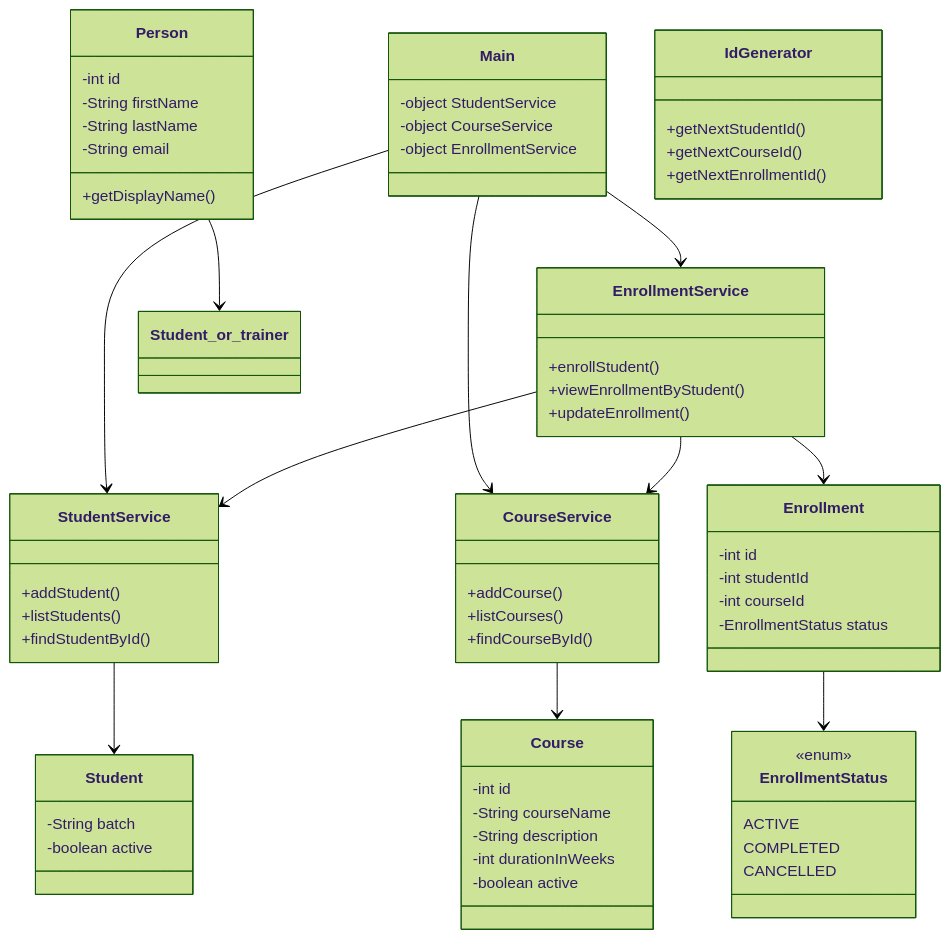
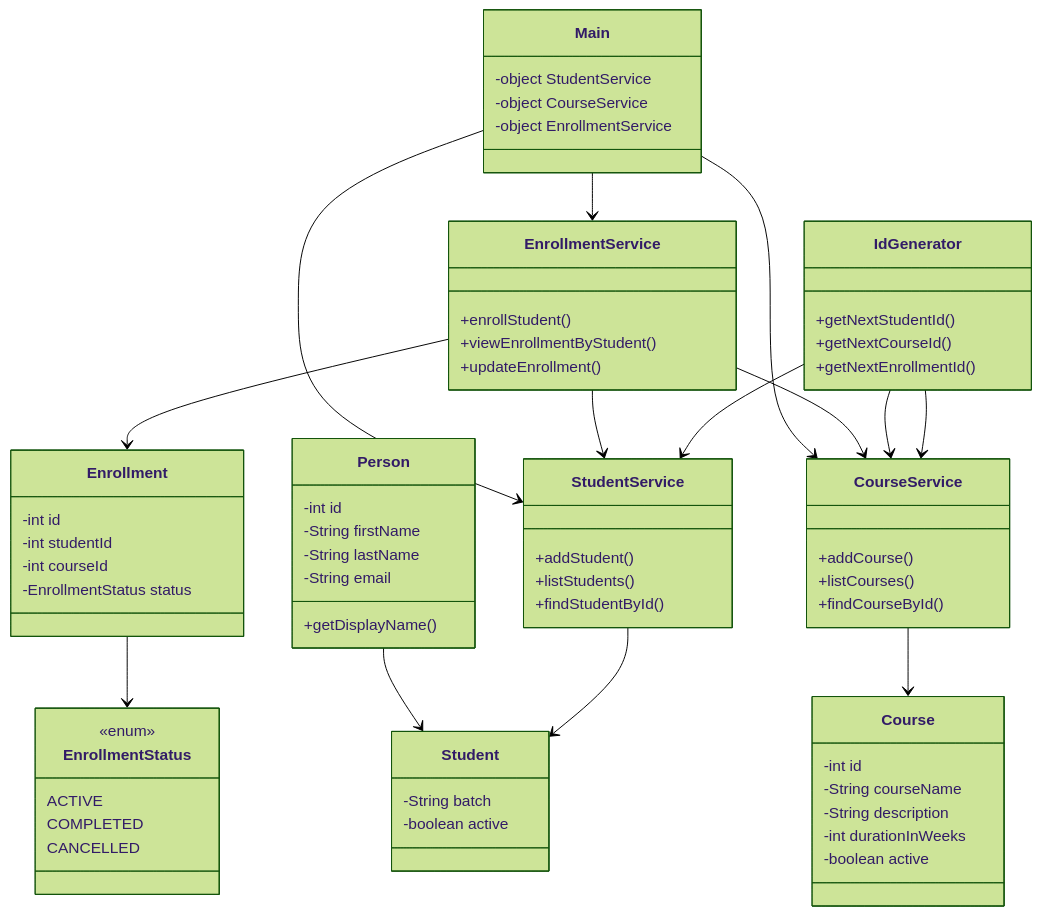
Before and after one commit to lokesh95SDE/Student-Course-Management-System: the diagram in README.md, drawn with Mermaid (forest theme). The commit also changed other lines of this file, not shown here.

Commit message:
Student Course Management System (Implementation completed)

````diff
--- a/README.md
+++ b/README.md
@@ -60,79 +60,82 @@
 ```mermaid
 classDiagram
 
 class Main{
     -object StudentService
     -object CourseService
     -object EnrollmentService
  }
  
 class Person {
   -int id
   -String firstName
   -String lastName
   -String email
   +getDisplayName()
 }
 
 class Student {
   -String batch
   -boolean active
 }
 
 class Course {
   -int id
   -String courseName
   -String description
   -int durationInWeeks
   -boolean active
 }
 
 class Enrollment {
   -int id
   -int studentId
   -int courseId
   -EnrollmentStatus status
 }
 
 class StudentService {
   +addStudent()
   +listStudents()
   +findStudentById()
 }
 
 class CourseService {
   +addCourse()
   +listCourses()
   +findCourseById()
 }
 
 class EnrollmentService {
   +enrollStudent()
   +viewEnrollmentByStudent()
   +updateEnrollment()
 }
 
 class IdGenerator {
   +getNextStudentId()
   +getNextCourseId()
   +getNextEnrollmentId()
 }
 
 class EnrollmentStatus {
   <<enum>>
   ACTIVE
   COMPLETED
   CANCELLED
 }
 
 Main -->StudentService
 Main -->CourseService
 Main -->EnrollmentService
-Person --> Student_or_trainer
+Person --> Student
 StudentService --> Student
 CourseService --> Course
 EnrollmentService --> Enrollment
 EnrollmentService --> StudentService
 EnrollmentService --> CourseService
 Enrollment --> EnrollmentStatus
+IdGenerator -->StudentService
+IdGenerator -->CourseService
+IdGenerator -->CourseService
 ```
````
